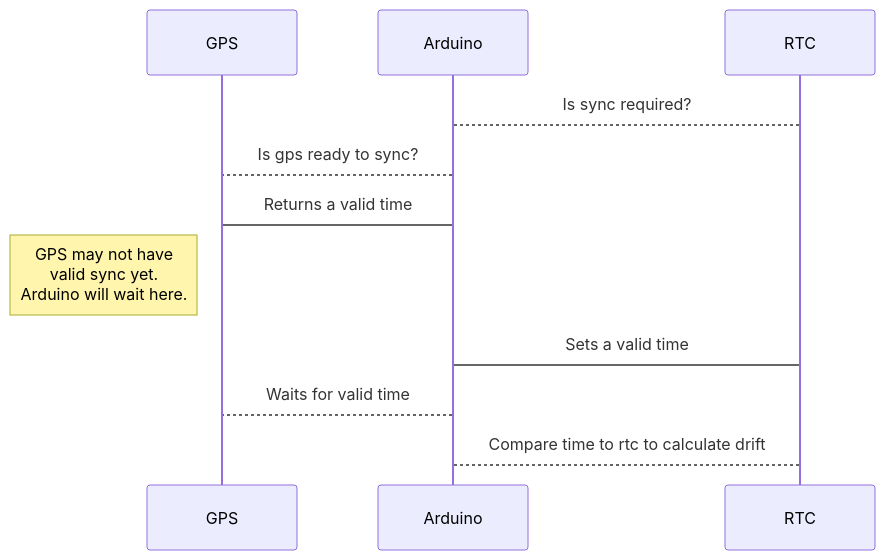
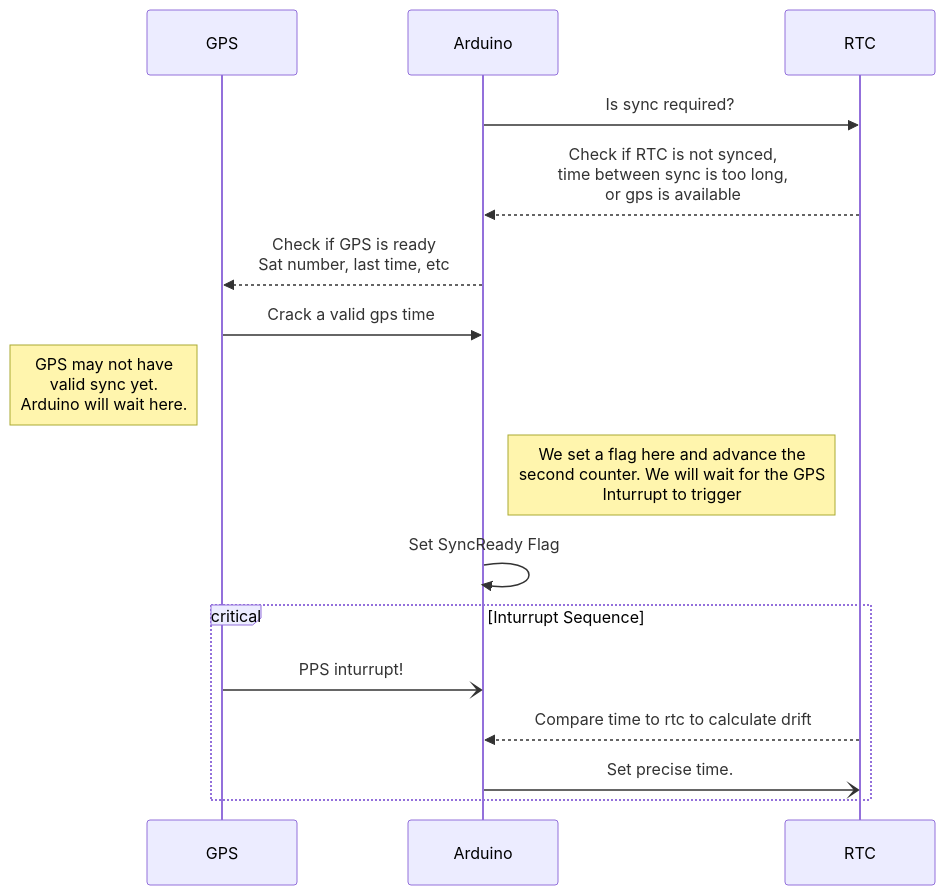
The diagram in docs/usage/getting-started.rst (ac1ja/gc-1000-gps), drawn with Mermaid before and after one commit. The commit also changed other lines of this file and 1 other file, not shown here.

Commit message:
upgrade sequence diagram

```diff
--- a/docs/usage/getting-started.rst
+++ b/docs/usage/getting-started.rst
@@ -23,14 +26,20 @@
 .. mermaid::
 
    sequenceDiagram
       participant GPS
       participant Arduino
       participant RTC
 
-      Arduino-->RTC: Is sync required?
-      Arduino-->GPS: Is gps ready to sync?
-      GPS->Arduino: Returns a valid time
+      Arduino->>RTC: Is sync required?
+      RTC-->>Arduino: Check if RTC is not synced,<br/>time between sync is too long,<br/>or gps is available
+      
+      Arduino-->>GPS: Check if GPS is ready<br/>Sat number, last time, etc
+      GPS->>Arduino: Crack a valid gps time
       Note left of GPS: GPS may not have<br/>valid sync yet.<br/>Arduino will wait here.
-      Arduino->RTC: Sets a valid time
-      Arduino-->GPS: Waits for valid time
-      Arduino-->RTC: Compare time to rtc to calculate drift
+      Note right of Arduino: We set a flag here and advance the<br/>second counter. We will wait for the GPS<br/>Inturrupt to trigger
+      Arduino->>Arduino: Set SyncReady Flag
+      critical Inturrupt Sequence
+        GPS-)Arduino: PPS inturrupt!
+        RTC-->>Arduino: Compare time to rtc to calculate drift
+        Arduino-)RTC: Set precise time.
+      end
```
